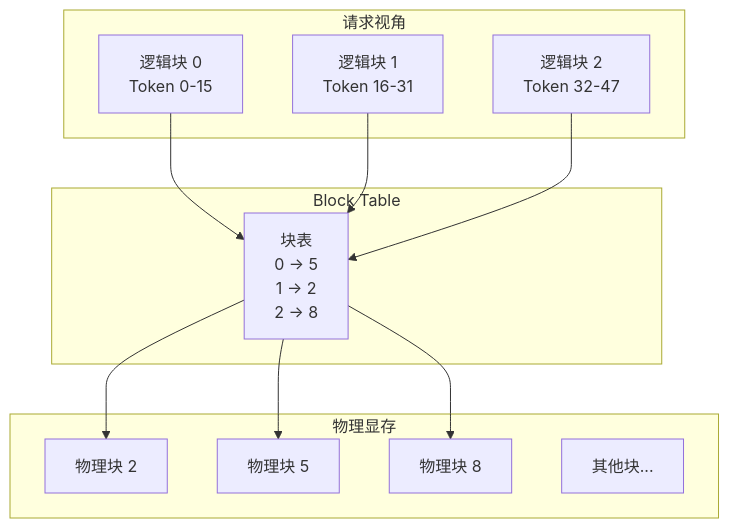
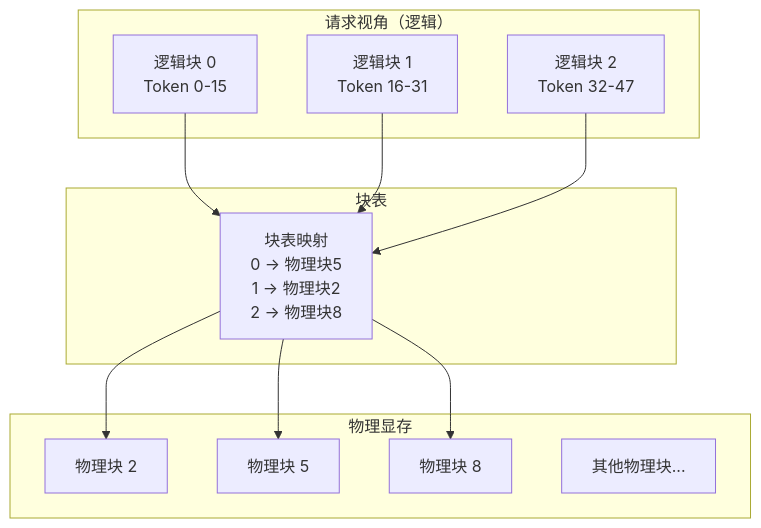
The second of 7 diagrams in learning/website/docs/basics/16-memory-management.md (Xunzhuo/mini-sglang), drawn with Mermaid before and after one commit. The commit also changed other lines of this file and 23 other files, not shown here.

````diff
--- a/learning/website/docs/basics/16-memory-management.md
+++ b/learning/website/docs/basics/16-memory-management.md
@@ -119,26 +142,26 @@
 ```mermaid
 graph TB
-    subgraph 请求视角
-        L1[逻辑块 0<br>Token 0-15]
-        L2[逻辑块 1<br>Token 16-31]
-        L3[逻辑块 2<br>Token 32-47]
+    subgraph "请求视角（逻辑）"
+        L1[逻辑块 0<br/>Token 0-15]
+        L2[逻辑块 1<br/>Token 16-31]
+        L3[逻辑块 2<br/>Token 32-47]
     end
     
-    subgraph Block Table
-        BT[块表<br>0 → 5<br>1 → 2<br>2 → 8]
+    subgraph "块表"
+        BT[块表映射<br/>0 → 物理块5<br/>1 → 物理块2<br/>2 → 物理块8]
     end
     
-    subgraph 物理显存
+    subgraph "物理显存"
         P2[物理块 2]
-        P5[物理块 5]
+        P5[物理块 5]  
         P8[物理块 8]
-        P_[其他块...]
+        PX[其他物理块...]
     end
     
     L1 --> BT
-    L2 --> BT
+    L2 --> BT  
     L3 --> BT
     BT --> P5
     BT --> P2
     BT --> P8
 ```
````
